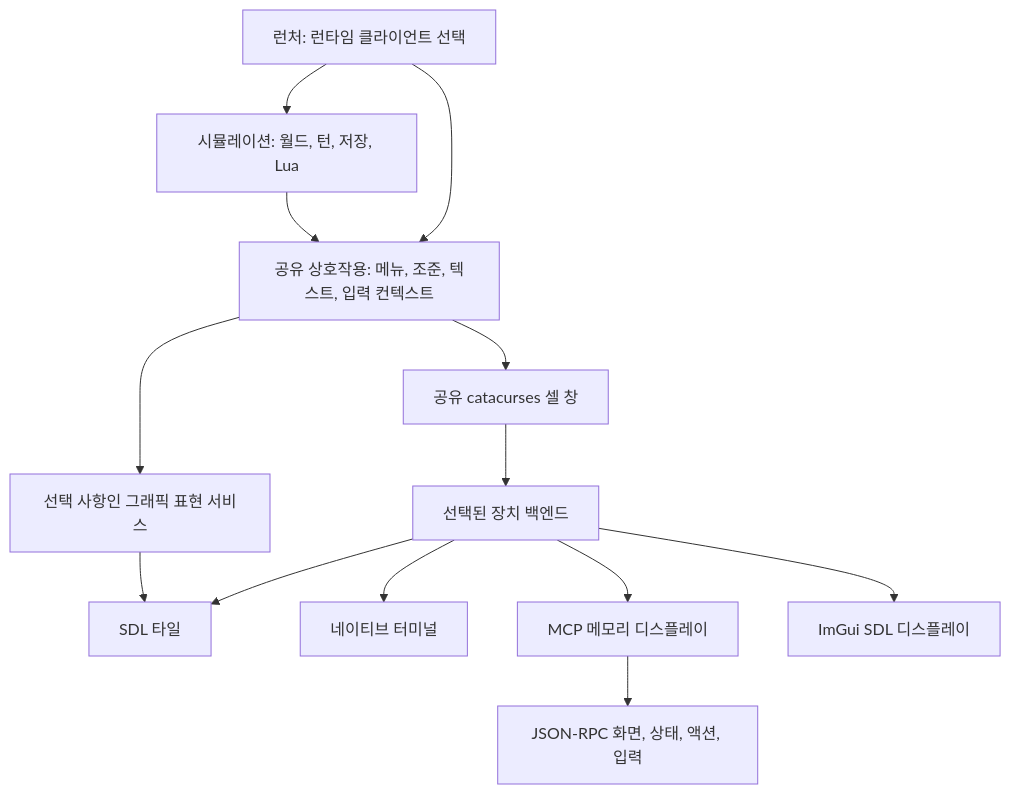
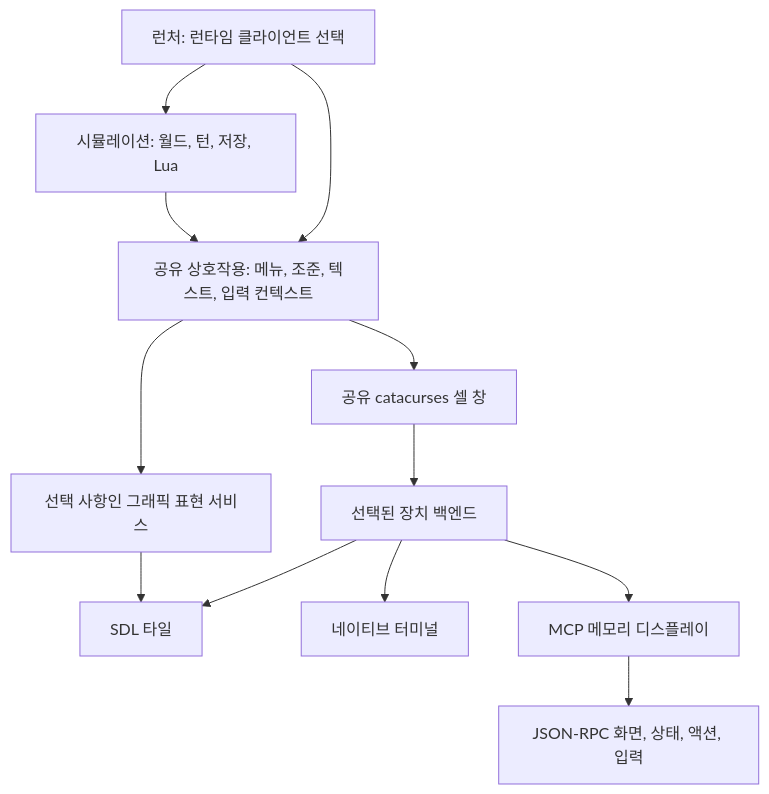
One commit to cataclysmbn/Cataclysm-BN changed the diagram in docs/ko/dev/explanation/engine_clients.md. Above: the diagram before and after it, drawn with Mermaid. The commit also changed other lines of this file and 30 other files, not shown here.

````diff
--- a/docs/ko/dev/explanation/engine_clients.md
+++ b/docs/ko/dev/explanation/engine_clients.md
@@ -34,15 +19,14 @@
 ```mermaid
 flowchart TD
     launch[런처: 런타임 클라이언트 선택] --> engine[시뮬레이션: 월드, 턴, 저장, Lua]
     launch --> interaction[공유 상호작용: 메뉴, 조준, 텍스트, 입력 컨텍스트]
     engine --> interaction
     interaction --> surface[공유 catacurses 셀 창]
     surface --> device[선택된 장치 백엔드]
     interaction --> presentation[선택 사항인 그래픽 표현 서비스]
     device --> tiles[SDL 타일]
     device --> curses[네이티브 터미널]
     device --> mcp[MCP 메모리 디스플레이]
-    device --> imgui[ImGui SDL 디스플레이]
     presentation --> tiles
     mcp --> rpc[JSON-RPC 화면, 상태, 액션, 입력]
 ```
````
